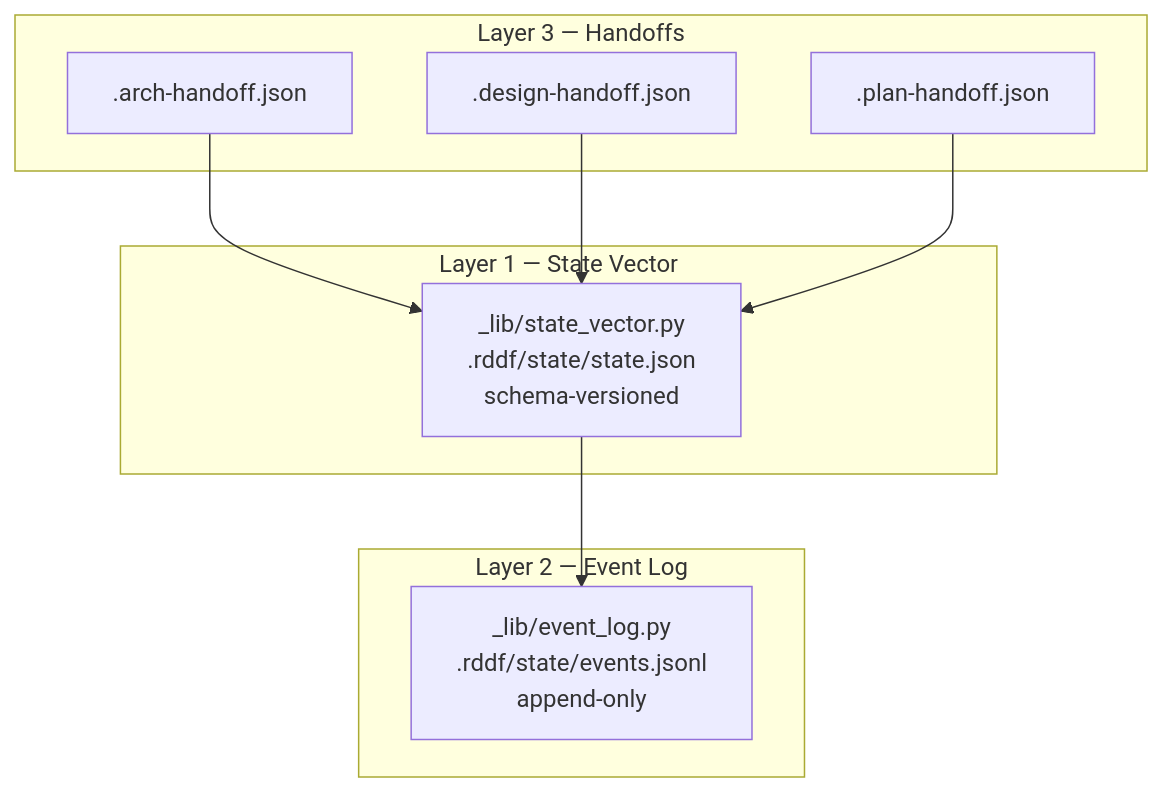
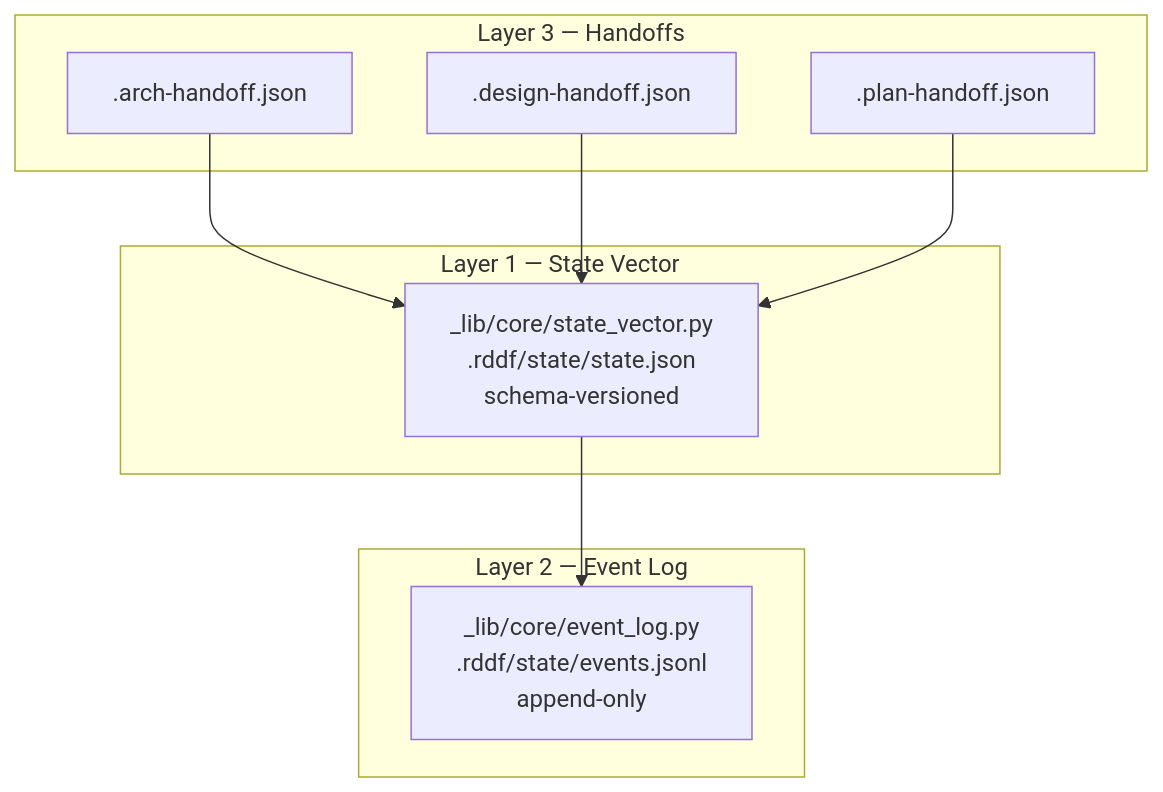
Before and after one commit to chisuhua/rdd-workflow: the diagram in docs/architecture/state-and-events.md, drawn with Mermaid. The commit also changed other lines of this file and 1 other file, not shown here.

Commit message:
docs(architecture): correct _lib subpackage paths (state/core, loop/tribunal)
Phase 3 reorganized _lib/ into core/ (state_vector, event_log) and
loop/ (tribunal, sanitizer). Top-level _lib/ keeps cross-cutting
modules. Fix incorrect references in state-and-events.md and
gates-and-quality.md that pointed at non-existent top-level files.

Verified all referenced files exist on disk.

````diff
--- a/docs/architecture/state-and-events.md
+++ b/docs/architecture/state-and-events.md
@@ -5,18 +5,18 @@
 ```mermaid
 graph TB
     subgraph Layer1[Layer 1 — State Vector]
-    SV[_lib/state_vector.py<br/>.rddf/state/state.json<br/>schema-versioned]
+    SV[_lib/core/state_vector.py<br/>.rddf/state/state.json<br/>schema-versioned]
     end
     subgraph Layer2[Layer 2 — Event Log]
-    EL[_lib/event_log.py<br/>.rddf/state/events.jsonl<br/>append-only]
+    EL[_lib/core/event_log.py<br/>.rddf/state/events.jsonl<br/>append-only]
     end
     subgraph Layer3[Layer 3 — Handoffs]
     H1[.arch-handoff.json]
     H2[.design-handoff.json]
     H3[.plan-handoff.json]
     end
     SV --> EL
     H1 --> SV
     H2 --> SV
     H3 --> SV
 ```
````
